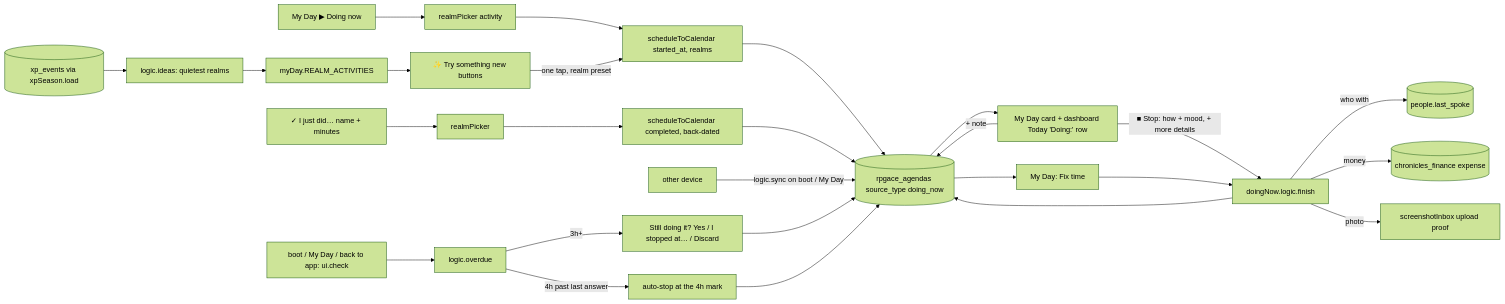
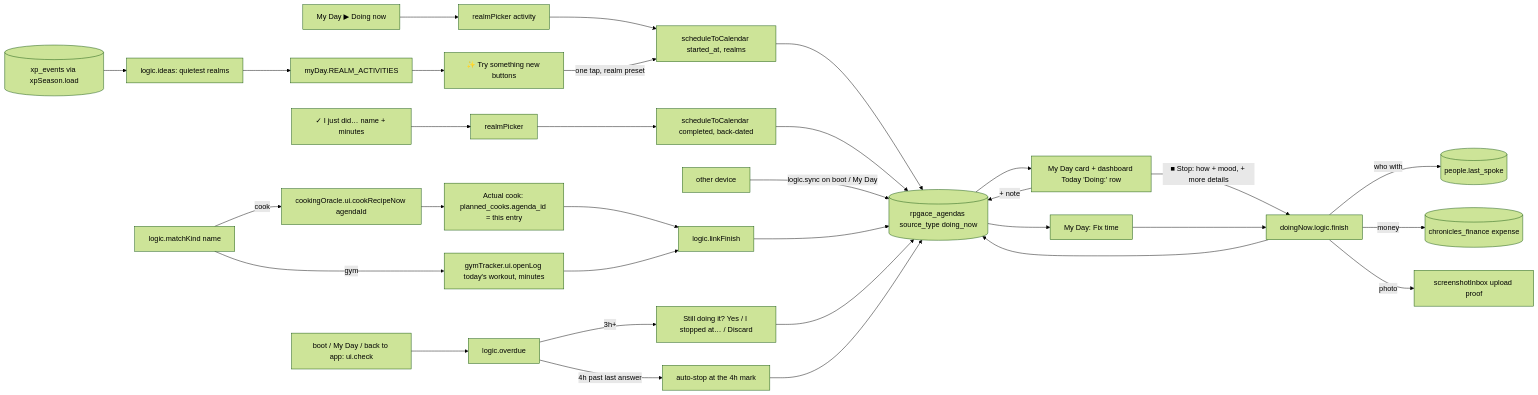
Diagram 23 of 26 in system_flow_map.md (acesanyabeats-web/RPGACE), drawn with Mermaid (forest theme) before and after one commit. The commit also changed other lines of this file and 8 other files, not shown here.

First line of the commit message:
Doing Now DN-3: open Cook Mode or the gym logger from an activity

````diff
--- a/system_flow_map.md
+++ b/system_flow_map.md
@@ -813,15 +813,17 @@
 ```mermaid
 flowchart LR
   BTN[My Day ▶ Doing now] --> RP[realmPicker activity] --> STC[scheduleToCalendar started_at, realms] --> AG[(rpgace_agendas source_type doing_now)]
   JD[✓ I just did… name + minutes] --> RP2[realmPicker] --> STC2[scheduleToCalendar completed, back-dated] --> AG
   AG --> CARD[My Day card + dashboard Today 'Doing:' row]
   CARD -->|+ note| AG
   CARD -->|■ Stop: how + mood, + more details| FIN[doingNow.logic.finish] --> AG
   FIN -->|who with| PE[(people.last_spoke)]
   FIN -->|money| CF[(chronicles_finance expense)]
   FIN -->|photo| SI[screenshotInbox upload proof]
   OTHER[other device] -->|logic.sync on boot / My Day| AG
+  MK[logic.matchKind name] -->|cook| CRN[cookingOracle.ui.cookRecipeNow agendaId] --> ACT[Actual cook: planned_cooks.agenda_id = this entry] --> LF[logic.linkFinish] --> AG
+  MK -->|gym| GL[gymTracker.ui.openLog today's workout, minutes] --> LF
   CHK[boot / My Day / back to app: ui.check] --> OV[logic.overdue] -->|3h+| ASK[Still doing it? Yes / I stopped at… / Discard] --> AG
   OV -->|4h past last answer| AS[auto-stop at the 4h mark] --> AG --> FIX[My Day: Fix time] --> FIN
   XE[(xp_events via xpSeason.load)] --> ID[logic.ideas: quietest realms] --> RA[myDay.REALM_ACTIVITIES] --> IB[✨ Try something new buttons] -->|one tap, realm preset| STC
 ```
````
